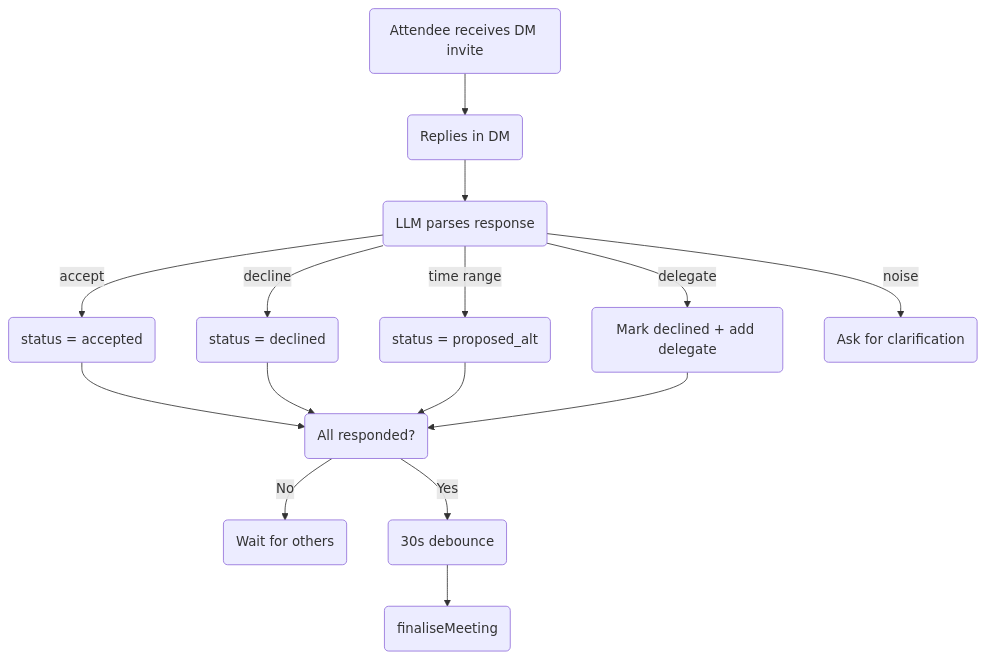
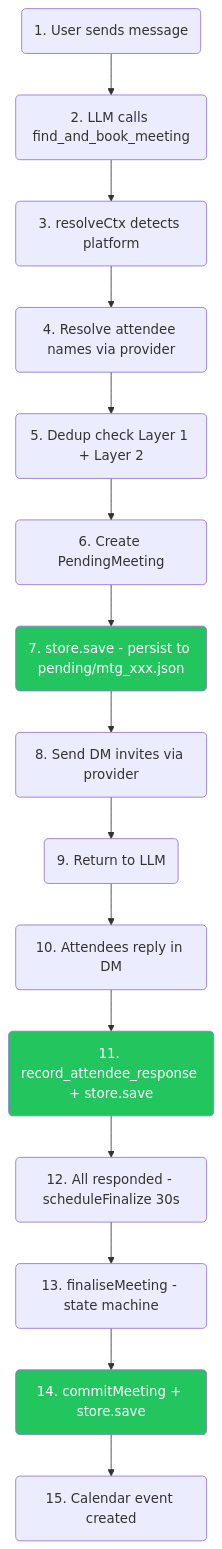
Before and after one commit to javana3/claw_meeting_all: the ninth of 13 diagrams in README.md, drawn with Mermaid. The commit also changed other lines of this file and 4 other files, not shown here.

First line of the commit message:
docs: rewrite all 5 READMEs with detailed Plugin/Skill flow + diff

````diff
--- a/README.md
+++ b/README.md
@@ -133,19 +290,22 @@
 ```mermaid
 graph TD
-    A(Attendee receives DM invite) --> B(Replies in DM)
-    B --> C(LLM parses response)
-    C -->|accept| D(status = accepted)
-    C -->|decline| E(status = declined)
-    C -->|time range| F(status = proposed_alt)
-    C -->|delegate| G(Mark declined + add delegate)
-    C -->|noise| H(Ask for clarification)
+    A(1. User sends message) --> B(2. LLM calls find_and_book_meeting)
+    B --> C(3. resolveCtx detects platform)
+    C --> D(4. Resolve attendee names via provider)
+    D --> E(5. Dedup check Layer 1 + Layer 2)
+    E --> F(6. Create PendingMeeting)
+    F --> G(7. store.save - persist to pending/mtg_xxx.json)
+    G --> H(8. Send DM invites via provider)
+    H --> I(9. Return to LLM)
 
-    D --> I(All responded?)
-    E --> I
-    F --> I
-    G --> I
+    I --> J(10. Attendees reply in DM)
+    J --> K(11. record_attendee_response + store.save)
+    K --> L(12. All responded - scheduleFinalize 30s)
+    L --> M(13. finaliseMeeting - state machine)
+    M --> N(14. commitMeeting + store.save)
+    N --> O(15. Calendar event created)
 
-    I -->|No| J(Wait for others)
-    I -->|Yes| K(30s debounce)
-    K --> L(finaliseMeeting)
+    style G fill:#22c55e,color:#fff
+    style K fill:#22c55e,color:#fff
+    style N fill:#22c55e,color:#fff
 ```
````
